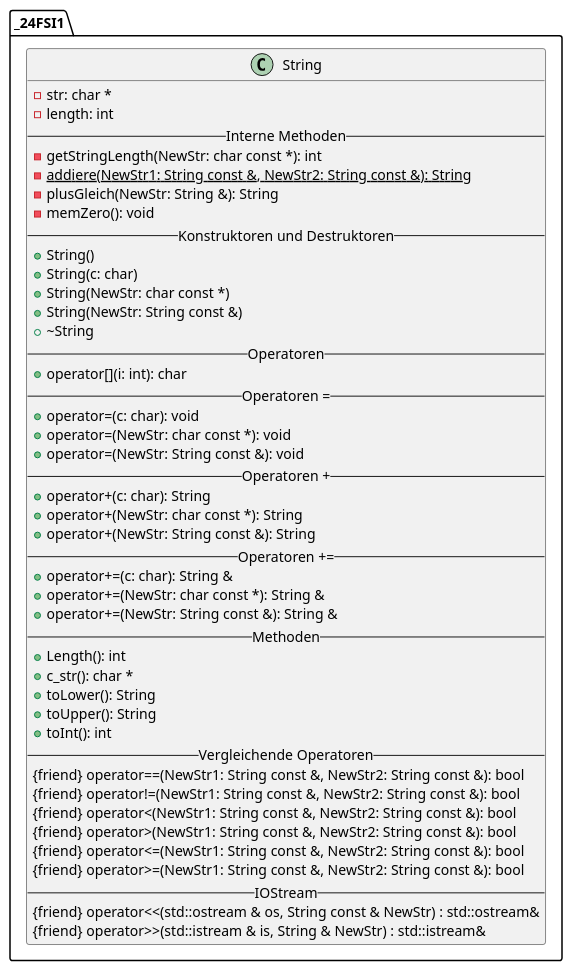
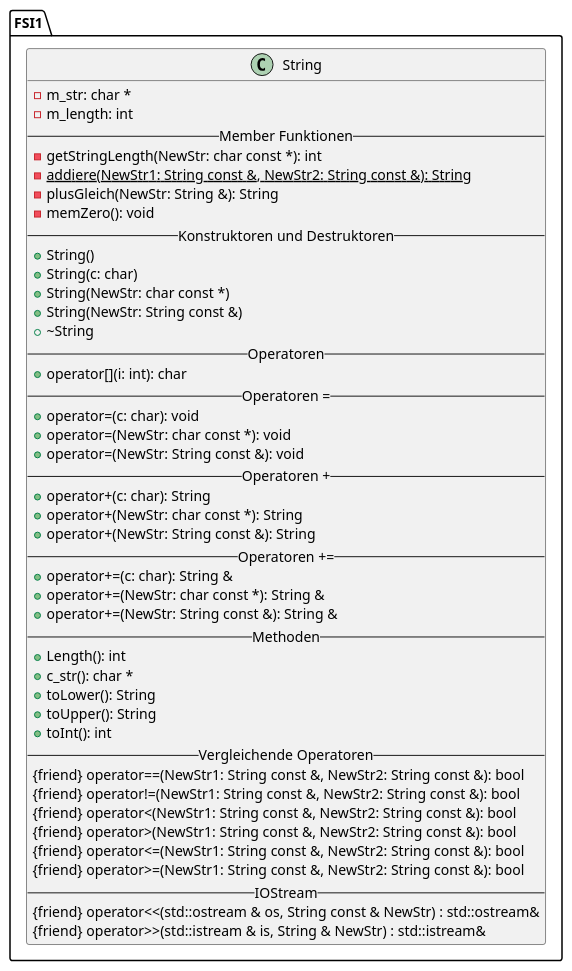
Before and after one commit to CarosCave/EigeneStrings: the diagram in String.puml, drawn with PlantUML. The commit also changed 5 other files, not shown here.

```diff
--- a/String.puml
+++ b/String.puml
@@ -1,50 +1,50 @@
 @startuml
 'https://plantuml.com/class-diagram
 set namespaceSeparator ::
-class _24FSI1::String {
--str: char *
--length: int
--- Interne Methoden --
+class FSI1::String {
+-m_str: char *
+-m_length: int
+-- Member Funktionen --
 -getStringLength(NewStr: char const *): int
 -{static}addiere(NewStr1: String const &, NewStr2: String const &): String
 -plusGleich(NewStr: String &): String
 -memZero(): void
 -- Konstruktoren und Destruktoren --
 +String()
 +String(c: char)
 +String(NewStr: char const *)
 +String(NewStr: String const &)
 +~String
 -- Operatoren --
 +operator[](i: int): char
 -- Operatoren = --
 +operator=(c: char): void
 +operator=(NewStr: char const *): void
 +operator=(NewStr: String const &): void
 -- Operatoren + --
 +operator+(c: char): String
 +operator+(NewStr: char const *): String
 +operator+(NewStr: String const &): String
 -- Operatoren += --
 +operator+=(c: char): String &
 +operator+=(NewStr: char const *): String &
 +operator+=(NewStr: String const &): String &
 -- Methoden --
 +Length(): int
 +c_str(): char *
 +toLower(): String
 +toUpper(): String
 +toInt(): int
 -- Vergleichende Operatoren --
 {friend} operator==(NewStr1: String const &, NewStr2: String const &): bool
 {friend} operator!=(NewStr1: String const &, NewStr2: String const &): bool
 {friend} operator<(NewStr1: String const &, NewStr2: String const &): bool
 {friend} operator>(NewStr1: String const &, NewStr2: String const &): bool
 {friend} operator<=(NewStr1: String const &, NewStr2: String const &): bool
 {friend} operator>=(NewStr1: String const &, NewStr2: String const &): bool
 -- IOStream --
 {friend} operator<<(std::ostream & os, String const & NewStr) : std::ostream&
 {friend} operator>>(std::istream & is, String & NewStr) : std::istream&
 }
 }
 @enduml
```
